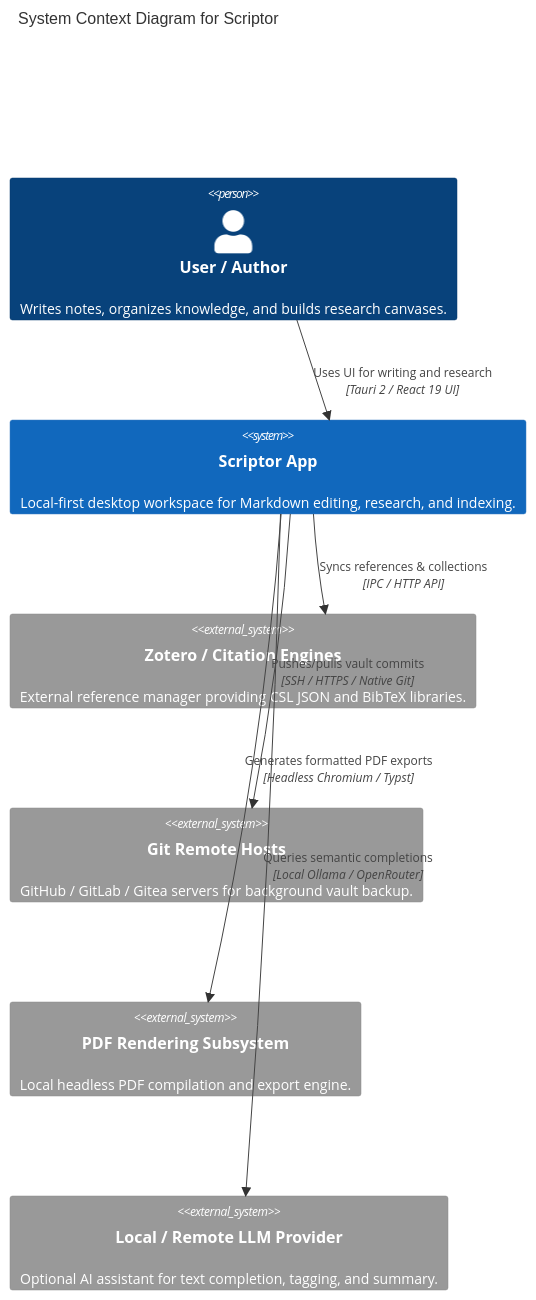
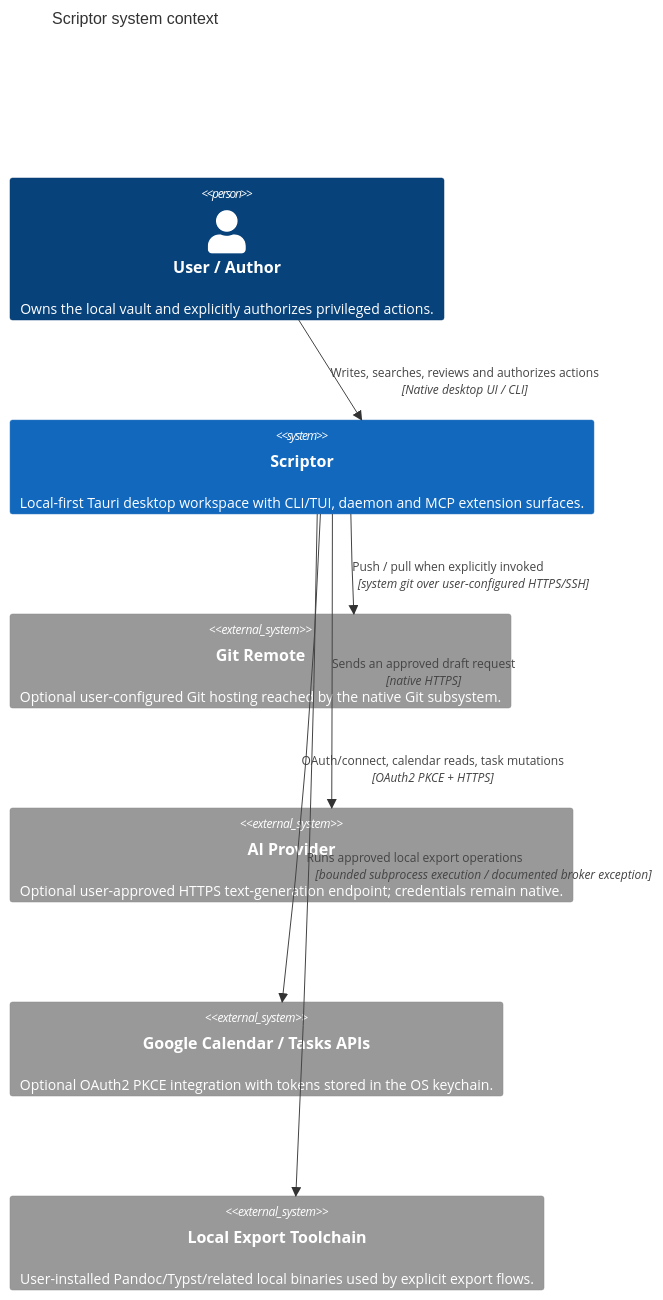
Before and after one commit to AmirrezaFarnamTaheri/Scriptor: the diagram in docs/architecture/c4-context.md, drawn with Mermaid. The commit also changed other lines of this file and 85 other files, not shown here.

````diff
--- a/docs/architecture/c4-context.md
+++ b/docs/architecture/c4-context.md
@@ -23,19 +19,18 @@
 ```mermaid
 C4Context
-    title System Context Diagram for Scriptor
+    title Scriptor system context
 
-    Person(user, "User / Author", "Writes notes, organizes knowledge, and builds research canvases.")
+    Person(user, "User / Author", "Owns the local vault and explicitly authorizes privileged actions.")
+    System(scriptor, "Scriptor", "Local-first Tauri desktop workspace with CLI/TUI, daemon and MCP extension surfaces.")
 
-    System(scriptor, "Scriptor App", "Local-first desktop workspace for Markdown editing, research, and indexing.")
+    System_Ext(git_remote, "Git Remote", "Optional user-configured Git hosting reached by the native Git subsystem.")
+    System_Ext(ai_provider, "AI Provider", "Optional user-approved HTTPS text-generation endpoint; credentials remain native.")
+    System_Ext(google, "Google Calendar / Tasks APIs", "Optional OAuth2 PKCE integration with tokens stored in the OS keychain.")
+    System_Ext(export_tools, "Local Export Toolchain", "User-installed Pandoc/Typst/related local binaries used by explicit export flows.")
 
-    System_Ext(zotero, "Zotero / Citation Engines", "External reference manager providing CSL JSON and BibTeX libraries.")
-    System_Ext(git_remotes, "Git Remote Hosts", "GitHub / GitLab / Gitea servers for background vault backup.")
-    System_Ext(pdf_engine, "PDF Rendering Subsystem", "Local headless PDF compilation and export engine.")
-    System_Ext(llm_provider, "Local / Remote LLM Provider", "Optional AI assistant for text completion, tagging, and summary.")
-
-    Rel(user, scriptor, "Uses UI for writing and research", "Tauri 2 / React 19 UI")
-    Rel(scriptor, zotero, "Syncs references & collections", "IPC / HTTP API")
-    Rel(scriptor, git_remotes, "Pushes/pulls vault commits", "SSH / HTTPS / Native Git")
-    Rel(scriptor, pdf_engine, "Generates formatted PDF exports", "Headless Chromium / Typst")
-    Rel(scriptor, llm_provider, "Queries semantic completions", "Local Ollama / OpenRouter")
+    Rel(user, scriptor, "Writes, searches, reviews and authorizes actions", "Native desktop UI / CLI")
+    Rel(scriptor, git_remote, "Push / pull when explicitly invoked", "system git over user-configured HTTPS/SSH")
+    Rel(scriptor, ai_provider, "Sends an approved draft request", "native HTTPS")
+    Rel(scriptor, google, "OAuth/connect, calendar reads, task mutations", "OAuth2 PKCE + HTTPS")
+    Rel(scriptor, export_tools, "Runs approved local export operations", "bounded subprocess execution / documented broker exception")
 ```
````
